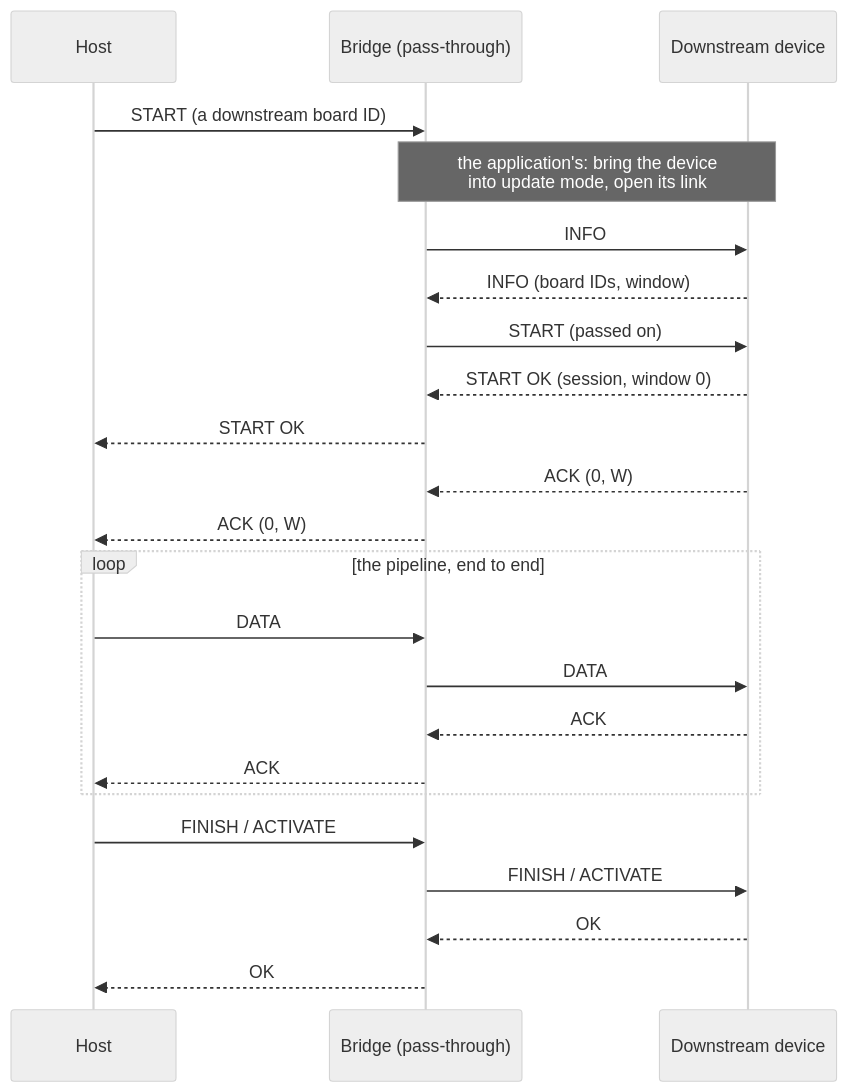
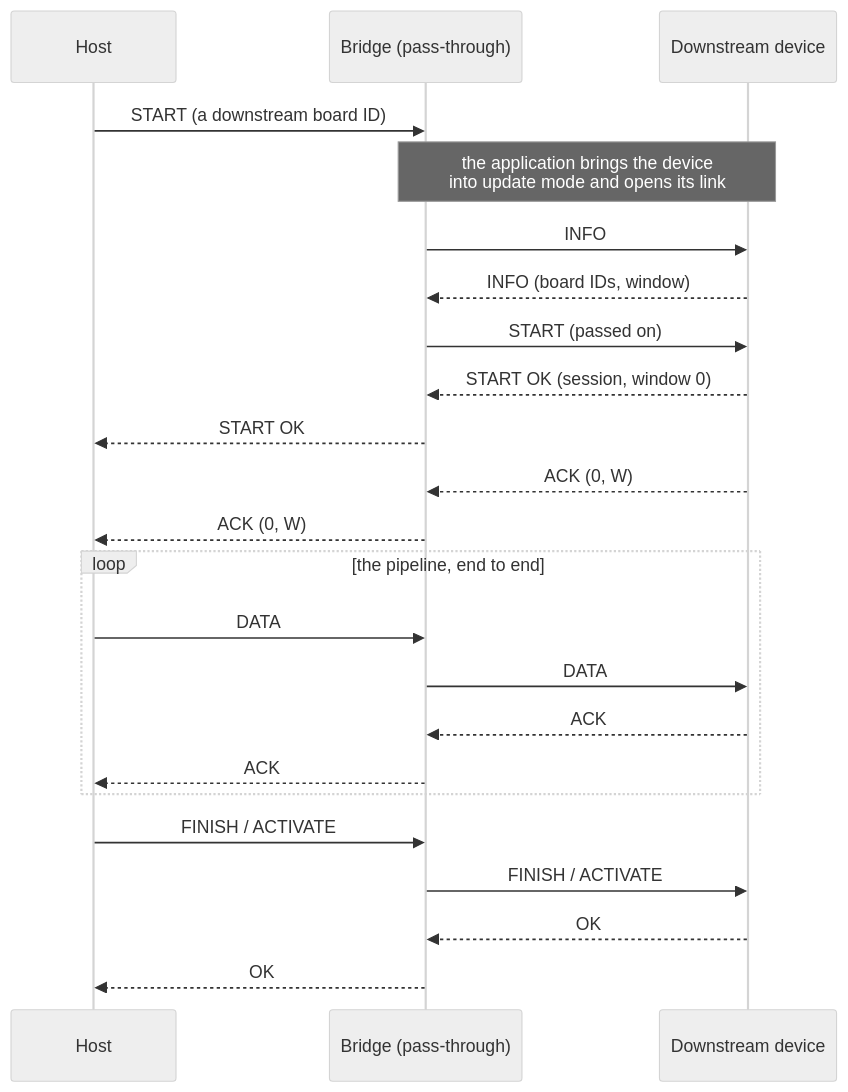
Diagram 12 of 14 in DESIGN.md (fvsolutions-dev/dfukit), drawn with Mermaid (neutral theme) before and after one commit. The commit also changed other lines of this file and 4 other files, not shown here.

````diff
--- a/DESIGN.md
+++ b/DESIGN.md
@@ -402,26 +411,26 @@
 ```mermaid
 sequenceDiagram
     participant H as Host
     participant B as Bridge (pass-through)
     participant D as Downstream device
 
     H->>B: START (a downstream board ID)
-    Note over B,D: the application's: bring the device<br/>into update mode, open its link
+    Note over B,D: the application brings the device<br/>into update mode and opens its link
     B->>D: INFO
     D-->>B: INFO (board IDs, window)
     B->>D: START (passed on)
     D-->>B: START OK (session, window 0)
     B-->>H: START OK
     D-->>B: ACK (0, W)
     B-->>H: ACK (0, W)
     loop the pipeline, end to end
         H->>B: DATA
         B->>D: DATA
         D-->>B: ACK
         B-->>H: ACK
     end
     H->>B: FINISH / ACTIVATE
     B->>D: FINISH / ACTIVATE
     D-->>B: OK
     B-->>H: OK
 ```
````
